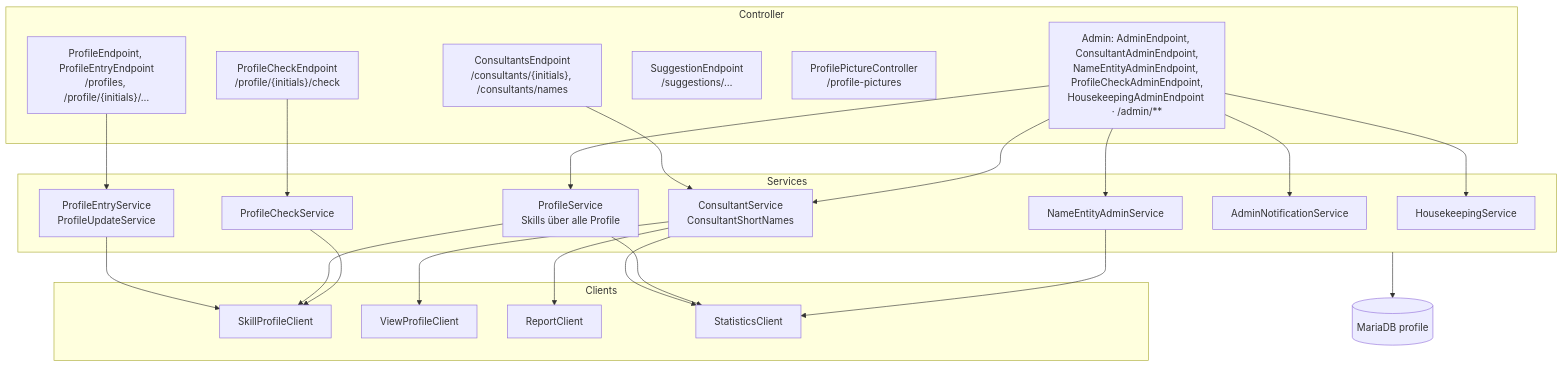
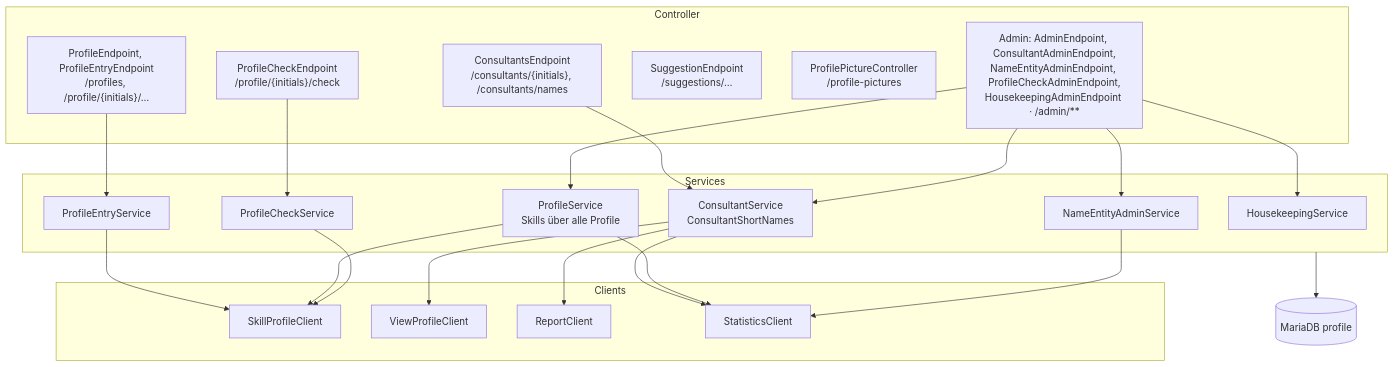
One commit to HBTGmbH/hbt-power changed the third of 11 diagrams in docs/arc42/05-bausteinsicht.md. Above: the diagram before and after it, drawn with Mermaid. The commit also changed other lines of this file and 66 other files, not shown here.

````diff
--- a/docs/arc42/05-bausteinsicht.md
+++ b/docs/arc42/05-bausteinsicht.md
@@ -81,39 +81,38 @@
 ```mermaid
 flowchart TB
     subgraph Controller
         CE["ConsultantsEndpoint<br/>/consultants/{initials}, /consultants/names"]
         PE["ProfileEndpoint, ProfileEntryEndpoint<br/>/profiles, /profile/{initials}/…"]
         PC["ProfileCheckEndpoint<br/>/profile/{initials}/check"]
         SU["SuggestionEndpoint<br/>/suggestions/…"]
         PP["ProfilePictureController<br/>/profile-pictures"]
         AD["Admin: AdminEndpoint, ConsultantAdminEndpoint,<br/>NameEntityAdminEndpoint, ProfileCheckAdminEndpoint,<br/>HousekeepingAdminEndpoint · /admin/**"]
     end
     subgraph Services
         CS[ConsultantService<br/>ConsultantShortNames]
-        PES[ProfileEntryService<br/>ProfileUpdateService]
+        PES[ProfileEntryService]
         PS[ProfileService<br/>Skills über alle Profile]
         NE[NameEntityAdminService]
         CK[ProfileCheckService]
-        AN[AdminNotificationService]
         HK[HousekeepingService]
     end
     subgraph Clients
         SPC[SkillProfileClient]
         VPC[ViewProfileClient]
         RC[ReportClient]
         STC[StatisticsClient]
     end
     DB[(MariaDB profile)]
 
     CE --> CS
     PE --> PES
     PC --> CK
-    AD --> CS & PS & NE & AN & HK
+    AD --> CS & PS & NE & HK
     PES --> SPC
     PS --> SPC
     CK --> SPC
     CS --> VPC & RC & STC
     PS --> STC
     NE --> STC
     Services --> DB
 ```
````
